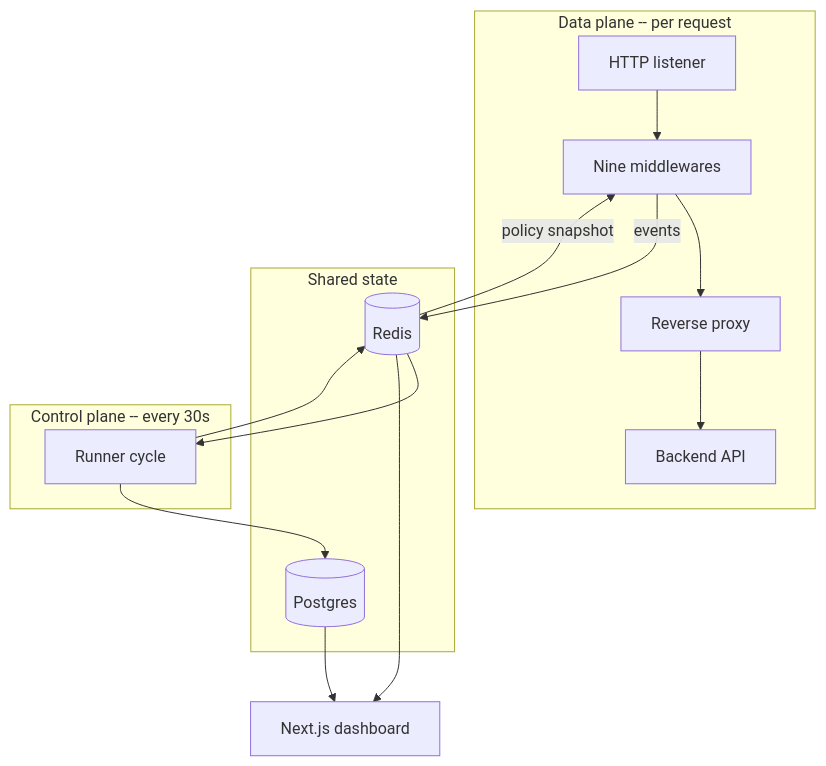
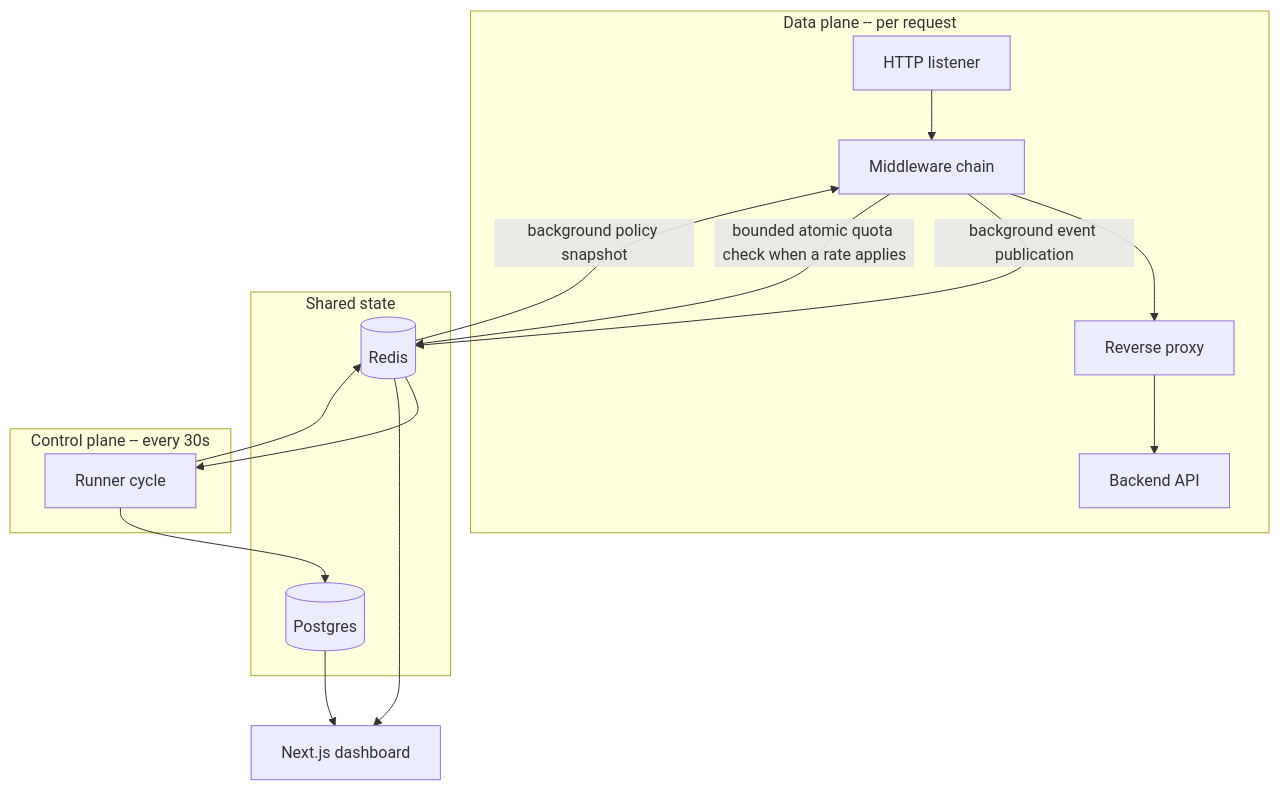
Before and after one commit to Adnan-Safdari/Intelligent_API_Security_Gateway: the diagram in gateway/docs/system-architecture.md, drawn with Mermaid. The commit also changed other lines of this file and 36 other files, not shown here.

````diff
--- a/gateway/docs/system-architecture.md
+++ b/gateway/docs/system-architecture.md
@@ -52,25 +55,26 @@
 ```mermaid
 flowchart TD
     subgraph DataPlane["Data plane -- per request"]
-        Listener[HTTP listener] --> Chain[Nine middlewares]
+        Listener[HTTP listener] --> Chain[Middleware chain]
         Chain --> RP[Reverse proxy]
         RP --> Backend[Backend API]
     end
 
     subgraph State["Shared state"]
         Redis[(Redis)]
         PG[(Postgres)]
     end
 
     subgraph ControlPlane["Control plane -- every 30s"]
         Runner[Runner cycle]
     end
 
-    Chain -->|events| Redis
-    Redis -->|policy snapshot| Chain
+    Chain -->|background event publication| Redis
+    Redis -->|background policy snapshot| Chain
+    Chain -->|bounded atomic quota check when a rate applies| Redis
     Redis --> Runner
     Runner --> Redis
     Runner --> PG
     PG --> Dashboard[Next.js dashboard]
     Redis --> Dashboard
 ```
````
